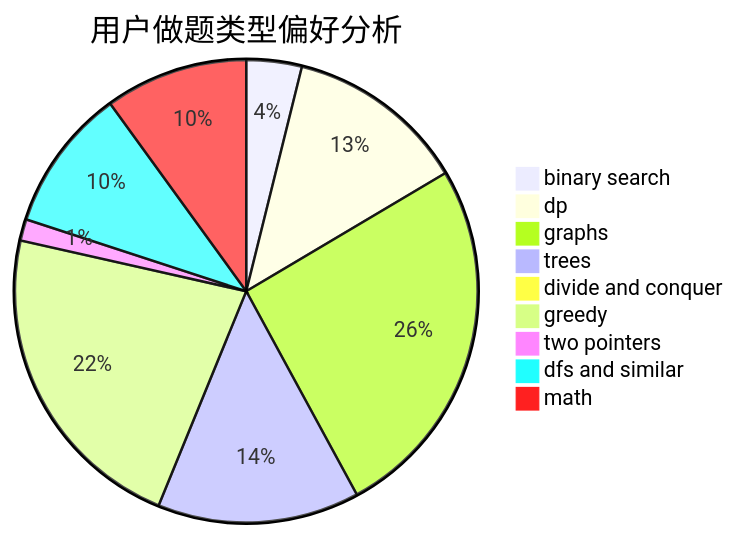
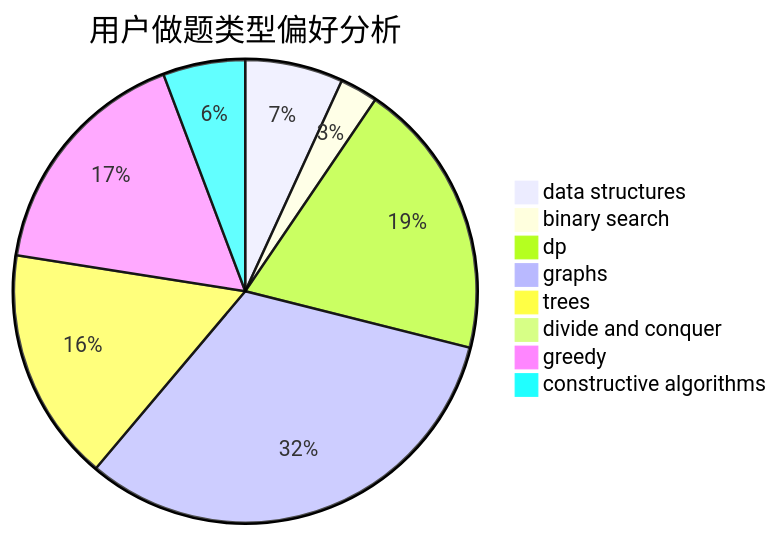
One commit to sherpahu/cfrs.github.io changed the second of 3 diagrams in docs/user/u735.md. Above: the diagram before and after it, drawn with Mermaid. The commit also changed other lines of this file and 2775 other files, not shown here.

````diff
--- a/docs/user/u735.md
+++ b/docs/user/u735.md
@@ -23,12 +23,11 @@
 ```mermaid
 pie title 用户做题类型偏好分析
-    "binary search" :  31
-    "dp" :  101
-    "graphs" :  205
-    "trees" :  113
+    "data structures" :  31
+    "binary search" :  12
+    "dp" :  88
+    "graphs" :  146
+    "trees" :  74
     "divide and conquer" :  1
-    "greedy" :  179
-    "two pointers" :  12
-    "dfs and similar" :  80
-    "math" :  80
+    "greedy" :  76
+    "constructive algorithms" :  26
 ```
````
